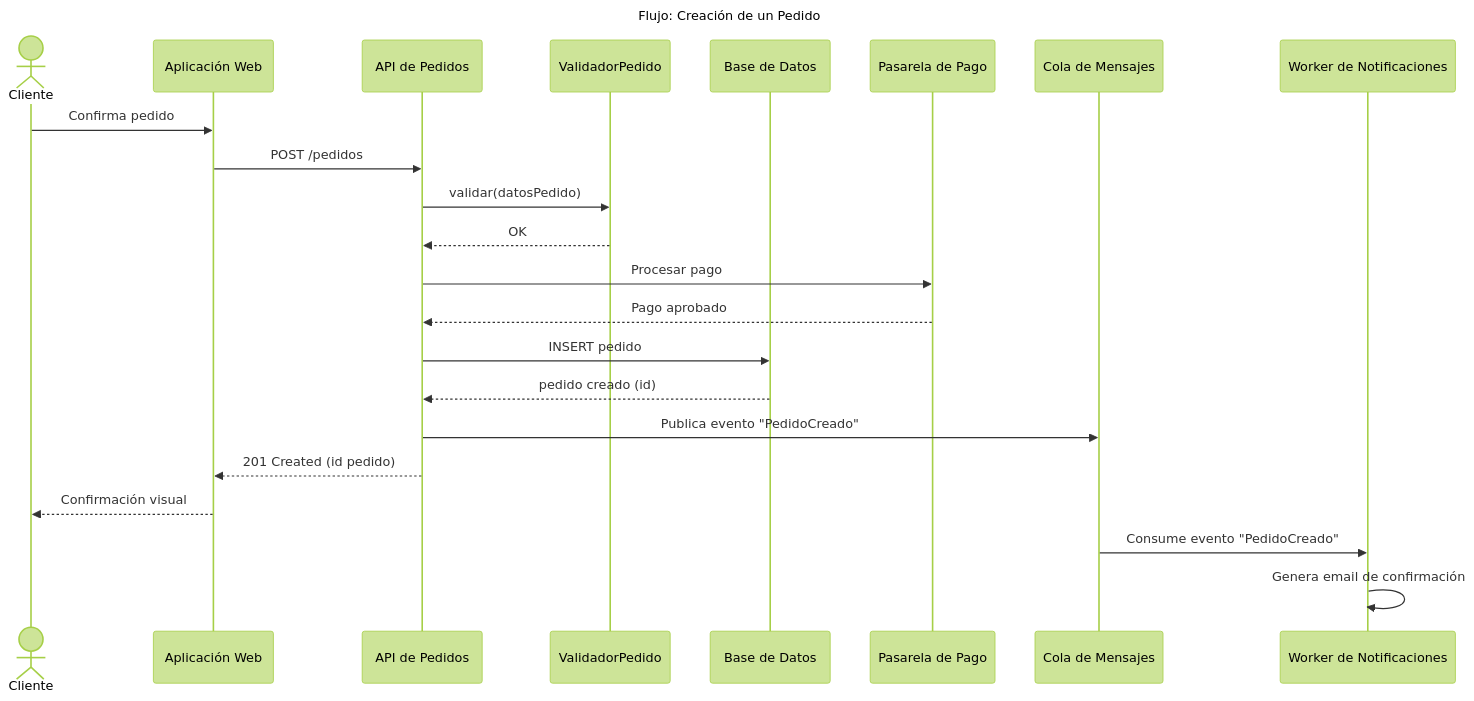
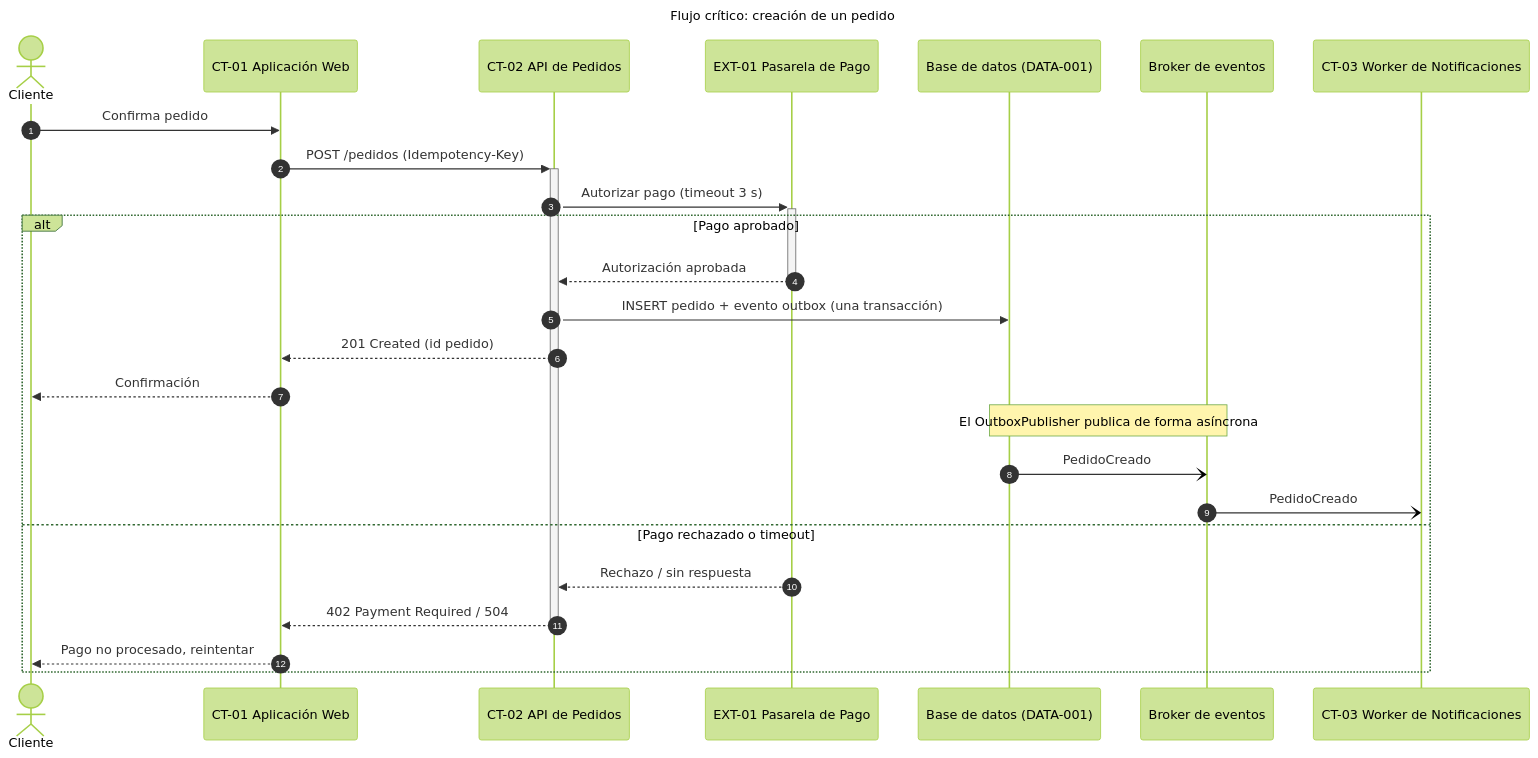
The first of 5 diagrams in .github/skills/archi/references/diagramas-adicionales-ejemplos.md (erick880709/Agro-ia), drawn with Mermaid (forest theme) before and after one commit. The commit also changed other lines of this file and 1224 other files, not shown here.

First line of the commit message:
chore: sincronizar skills, memoria, graphify, contexto RFP-003 y reportes

````diff
--- a/.github/skills/archi/references/diagramas-adicionales-ejemplos.md
+++ b/.github/skills/archi/references/diagramas-adicionales-ejemplos.md
@@ -9,31 +9,30 @@
 ```mermaid
 sequenceDiagram
-    title Flujo: Creación de un Pedido
+    title Flujo crítico: creación de un pedido
+    autonumber
 
     actor Cliente
-    participant WebApp as Aplicación Web
-    participant API as API de Pedidos
-    participant Validador as ValidadorPedido
-    participant DB as Base de Datos
-    participant Pasarela as Pasarela de Pago
-    participant Cola as Cola de Mensajes
-    participant Worker as Worker de Notificaciones
+    participant Web as CT-01 Aplicación Web
+    participant API as CT-02 API de Pedidos
+    participant PSP as EXT-01 Pasarela de Pago
+    participant DB as Base de datos (DATA-001)
+    participant Broker as Broker de eventos
+    participant Worker as CT-03 Worker de Notificaciones
 
-    Cliente->>WebApp: Confirma pedido
-    WebApp->>API: POST /pedidos
-    API->>Validador: validar(datosPedido)
-    Validador-->>API: OK
-
-    API->>Pasarela: Procesar pago
-    Pasarela-->>API: Pago aprobado
-
-    API->>DB: INSERT pedido
-    DB-->>API: pedido creado (id)
-
-    API->>Cola: Publica evento "PedidoCreado"
-    API-->>WebApp: 201 Created (id pedido)
-    WebApp-->>Cliente: Confirmación visual
-
-    Cola->>Worker: Consume evento "PedidoCreado"
-    Worker->>Worker: Genera email de confirmación
+    Cliente->>Web: Confirma pedido
+    Web->>+API: POST /pedidos (Idempotency-Key)
+    API->>+PSP: Autorizar pago (timeout 3 s)
+    alt Pago aprobado
+        PSP-->>-API: Autorización aprobada
+        API->>DB: INSERT pedido + evento outbox (una transacción)
+        API-->>Web: 201 Created (id pedido)
+        Web-->>Cliente: Confirmación
+        Note over DB,Broker: El OutboxPublisher publica de forma asíncrona
+        DB-)Broker: PedidoCreado
+        Broker-)Worker: PedidoCreado
+    else Pago rechazado o timeout
+        PSP-->>API: Rechazo / sin respuesta
+        API-->>-Web: 402 Payment Required / 504
+        Web-->>Cliente: Pago no procesado, reintentar
+    end
 ```
````
